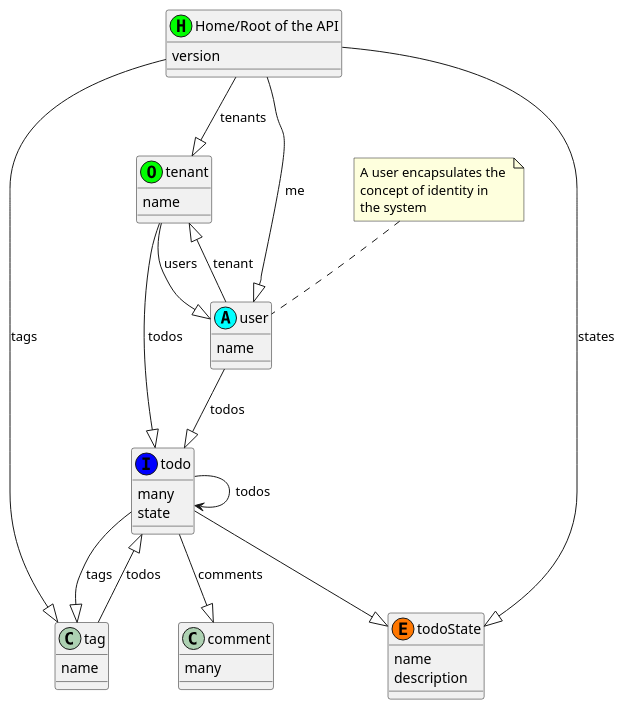
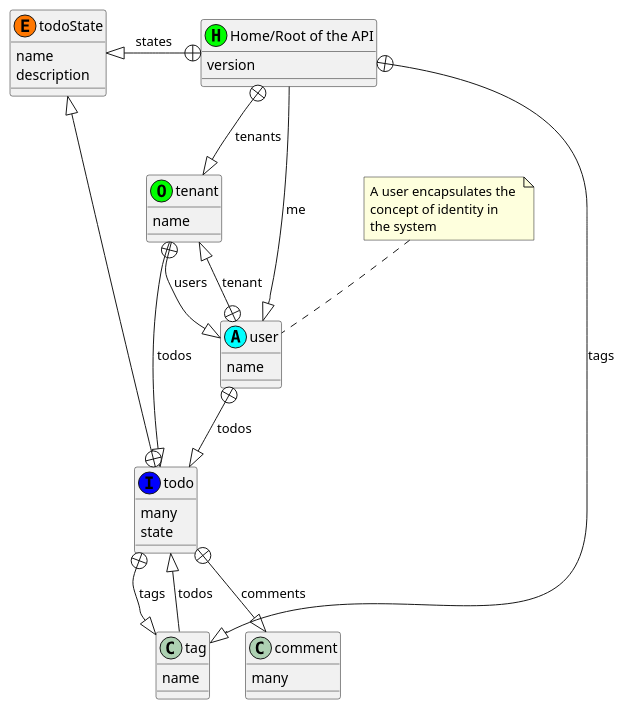
One commit to semanticlink/todo-hypermedia changed the diagram in api/ApiResources.puml. Above: the diagram before and after it, drawn with PlantUML.

Commit message:
Update documentation for collections

```diff
--- a/api/ApiResources.puml
+++ b/api/ApiResources.puml
@@ -3,57 +3,56 @@
 @startuml
 
 class home as "Home/Root of the API" <<H, #00FF00) >>
 home : version
-home --|> tenant : tenants
-home --|> tag : tags
-home --|> todoState : states
+home +--|> tenant : tenants
+home +--|> tag : tags
+home +-left-|> todoState : states
 home --|> user : me
 
 class tag as "tag"
 tag : name
 tag --|> todo : todos
 
 class tenant as "tenant"  <<O, #00FF00) >>
 tenant : name
-tenant --|> user : users
+tenant +--|> user : users
 tenant --|> todo : todos
 
 
 class todo as "todo"   <<I, #0000FF) >>
 todo : many
 todo : state
-todo --|> todoState
-todo --|> comment : comments
-todo --|> tag : tags
-todo --> todo : todos
+todo +--|> todoState
+todo +--|> comment : comments
+todo +--|> tag : tags
 
 class comment as "comment"
 comment : many
 
 '
 ' Integration Support
 ' =================== 
 '
 
 class user as "User"  <<A, #00FFFF) >>
 note top
   A user encapsulates the 
   concept of identity in 
   the system 
 end note
 user : name
-user --|> tenant : tenant
-user --|> todo : todos
+user +--|> tenant : tenant
+user +--|> todo : todos
 
 
 '
 ' Enumeration resources
 ' =====================
 '
 
 class todoState  as "Todo States (enum)" <<E, #FF7700) >>
 todoState : name
 todoState : description
 
 
 @enduml
```
